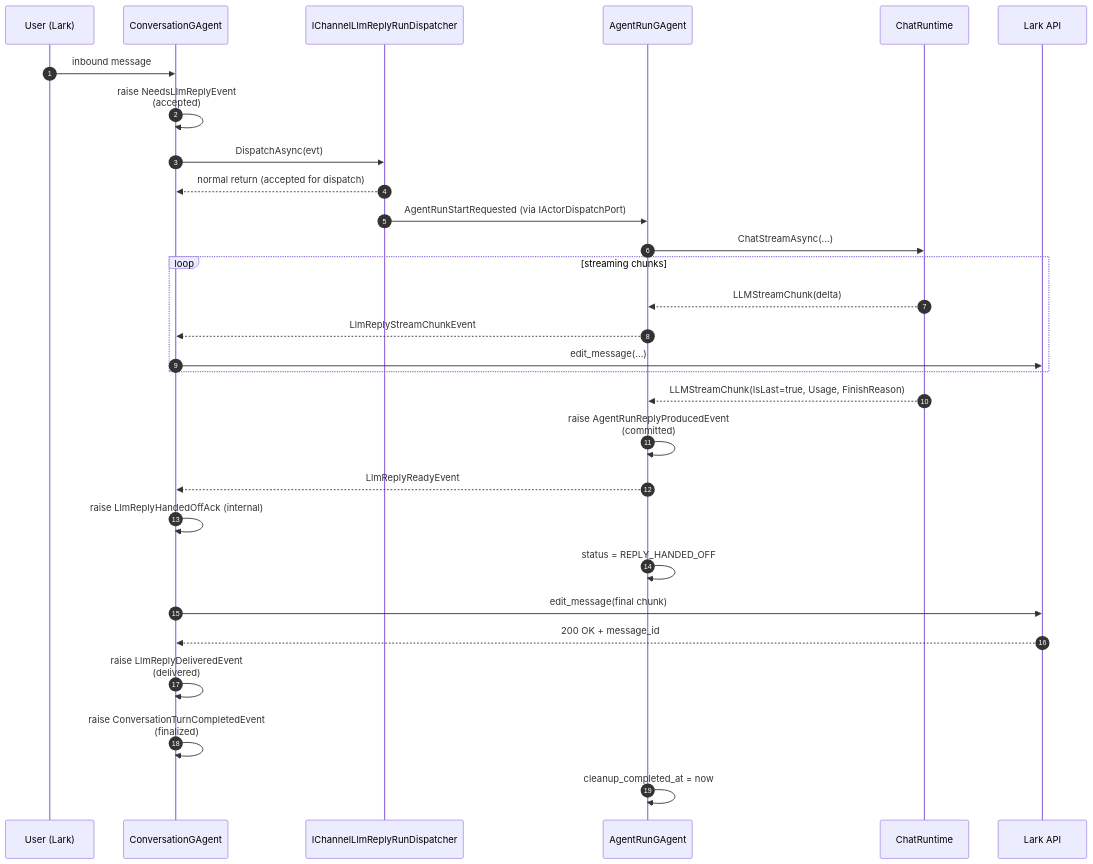
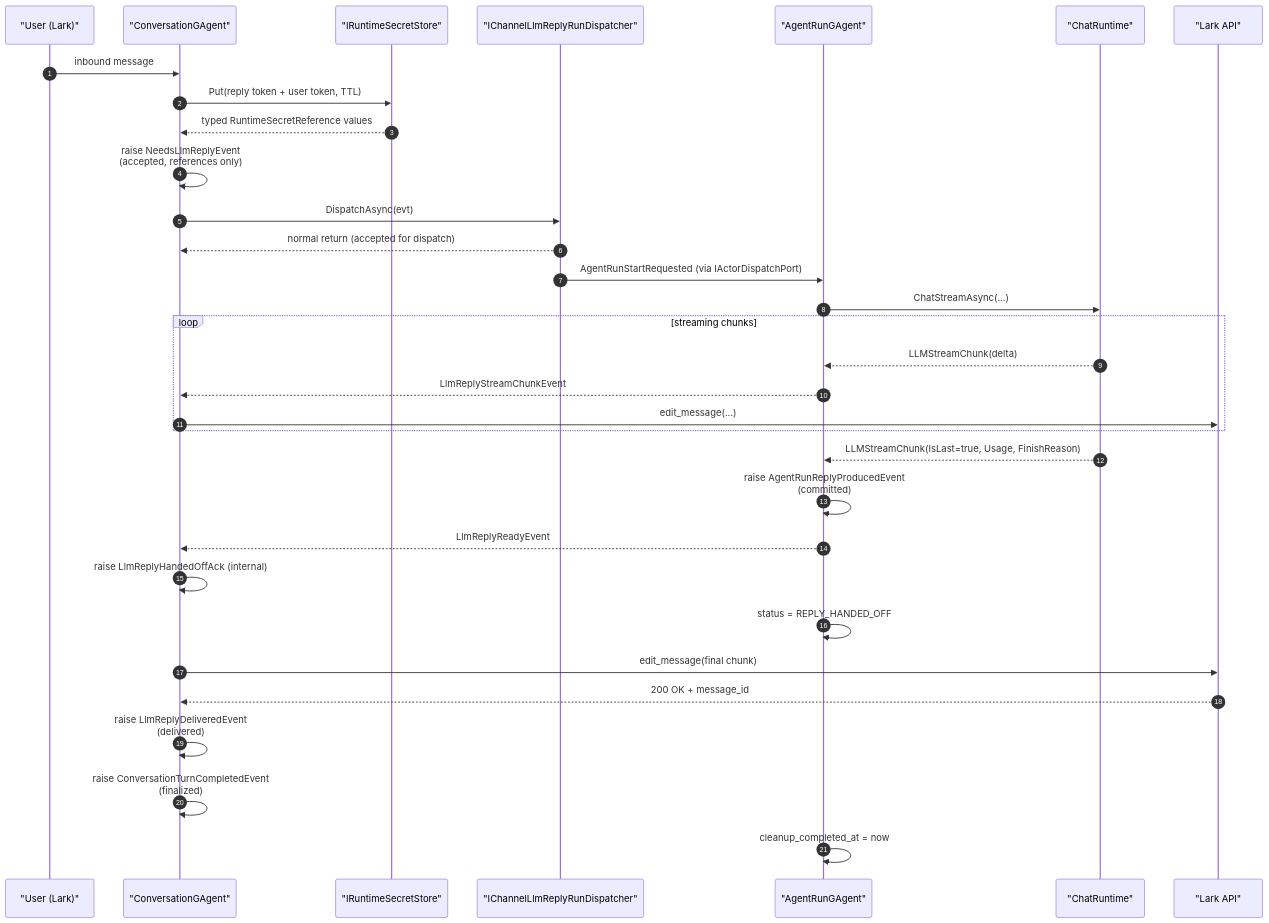
One commit to aevatarAI/aevatar changed the first of 7 diagrams in docs/canon/lark-reply-completion-semantics.md. Above: the diagram before and after it, drawn with Mermaid. The commit also changed other lines of this file and 4 other files, not shown here.

````diff
--- a/docs/canon/lark-reply-completion-semantics.md
+++ b/docs/canon/lark-reply-completion-semantics.md
@@ -46,33 +46,36 @@
 ```mermaid
 %%{init: {"maxTextSize": 100000, "flowchart": {"useMaxWidth": false, "nodeSpacing": 10, "rankSpacing": 50}, "themeVariables": {"fontSize": "10px"}}}%%
 sequenceDiagram
     autonumber
-    participant U as User (Lark)
-    participant CGA as ConversationGAgent
-    participant D as IChannelLlmReplyRunDispatcher
-    participant ARG as AgentRunGAgent
-    participant CR as ChatRuntime
-    participant LK as Lark API
+    participant U as "User (Lark)"
+    participant CGA as "ConversationGAgent"
+    participant RS as "IRuntimeSecretStore"
+    participant D as "IChannelLlmReplyRunDispatcher"
+    participant ARG as "AgentRunGAgent"
+    participant CR as "ChatRuntime"
+    participant LK as "Lark API"
 
     U->>CGA: inbound message
-    CGA->>CGA: raise NeedsLlmReplyEvent<br/>(accepted)
+    CGA->>RS: Put(reply token + user token, TTL)
+    RS-->>CGA: typed RuntimeSecretReference values
+    CGA->>CGA: raise NeedsLlmReplyEvent<br/>(accepted, references only)
     CGA->>D: DispatchAsync(evt)
     D-->>CGA: normal return (accepted for dispatch)
     D->>ARG: AgentRunStartRequested (via IActorDispatchPort)
     ARG->>CR: ChatStreamAsync(...)
     loop streaming chunks
         CR-->>ARG: LLMStreamChunk(delta)
         ARG-->>CGA: LlmReplyStreamChunkEvent
         CGA->>LK: edit_message(...)
     end
     CR-->>ARG: LLMStreamChunk(IsLast=true, Usage, FinishReason)
     ARG->>ARG: raise AgentRunReplyProducedEvent<br/>(committed)
     ARG-->>CGA: LlmReplyReadyEvent
     CGA->>CGA: raise LlmReplyHandedOffAck (internal)
     ARG->>ARG: status = REPLY_HANDED_OFF
     CGA->>LK: edit_message(final chunk)
     LK-->>CGA: 200 OK + message_id
     CGA->>CGA: raise LlmReplyDeliveredEvent<br/>(delivered)
     CGA->>CGA: raise ConversationTurnCompletedEvent<br/>(finalized)
     ARG->>ARG: cleanup_completed_at = now
 ```
````
